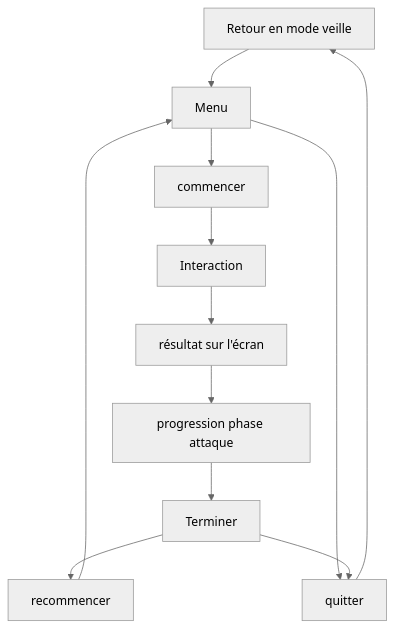
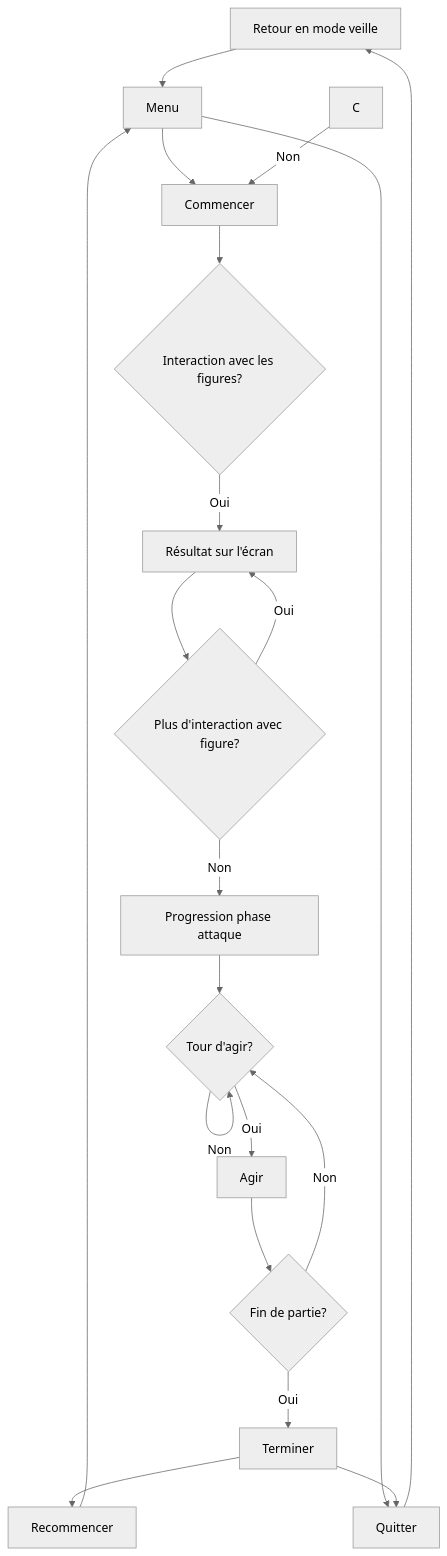
The diagram in 20_intention/30_scenario/README.md (Ethereal-Creators/Etheria), drawn with Mermaid (neutral theme) before and after one commit.

Commit message:
~update mermaid

````diff
--- a/20_intention/30_scenario/README.md
+++ b/20_intention/30_scenario/README.md
@@ -13,14 +13,22 @@
 ```mermaid
 graph TD
     A[Retour en mode veille] --> x[Menu]
-    x --> B[commencer]
-    x --> N[quitter]
-    B --> C[Interaction]
-    C --> F[résultat sur l'écran]
-    F --> M[progression phase attaque]
-    M --> U[Terminer]
-    U --> H[recommencer]
+    x --> B[Commencer]
+    x --> N[Quitter]
+    B --> id1{Interaction avec les figures?}
+    id1 --Oui--> F[Résultat sur l'écran]
+    C --Non--> B[Commencer]
+    F --> id2{Plus d'interaction avec figure?}
+    id2 --Non--> M[Progression phase attaque]
+    id2 --Oui--> F
+    M --> id3{Tour d'agir?}
+    id3 --Oui--> K[Agir]
+    id3 --Non--> id3
+    K --> id4{Fin de partie?}
+    id4 --Oui--> U[Terminer]
+    id4 --Non--> id3
+    U --> H[Recommencer]
     H --> x
     U --> N
     N --> A
 ```
````
